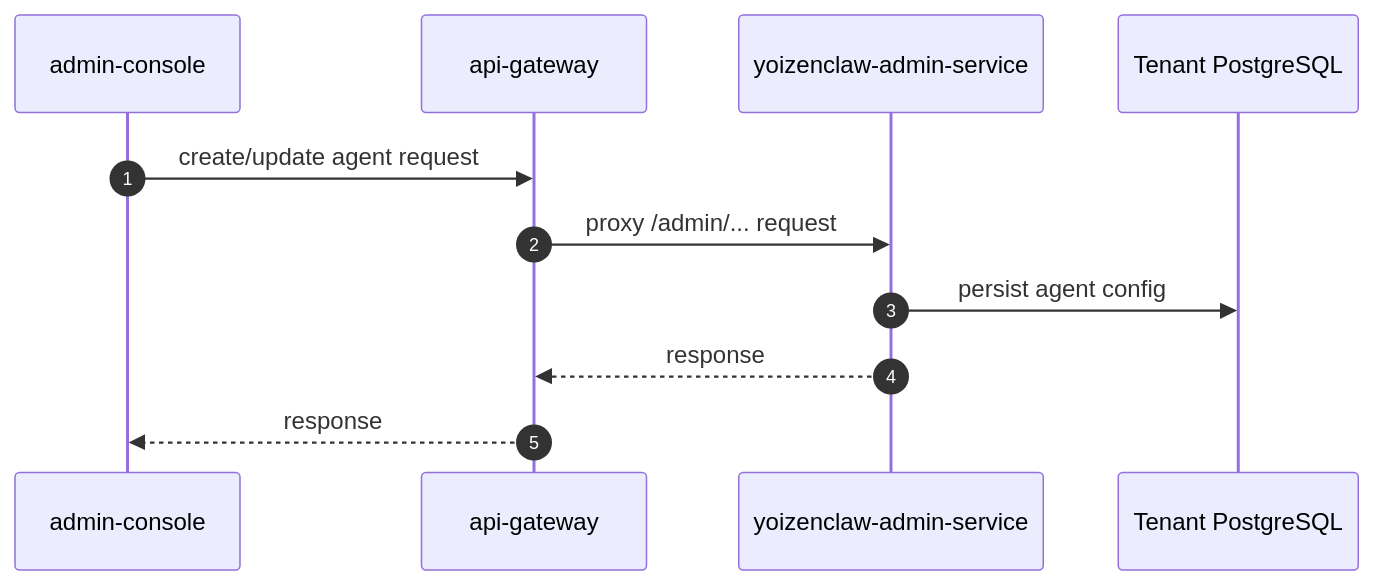
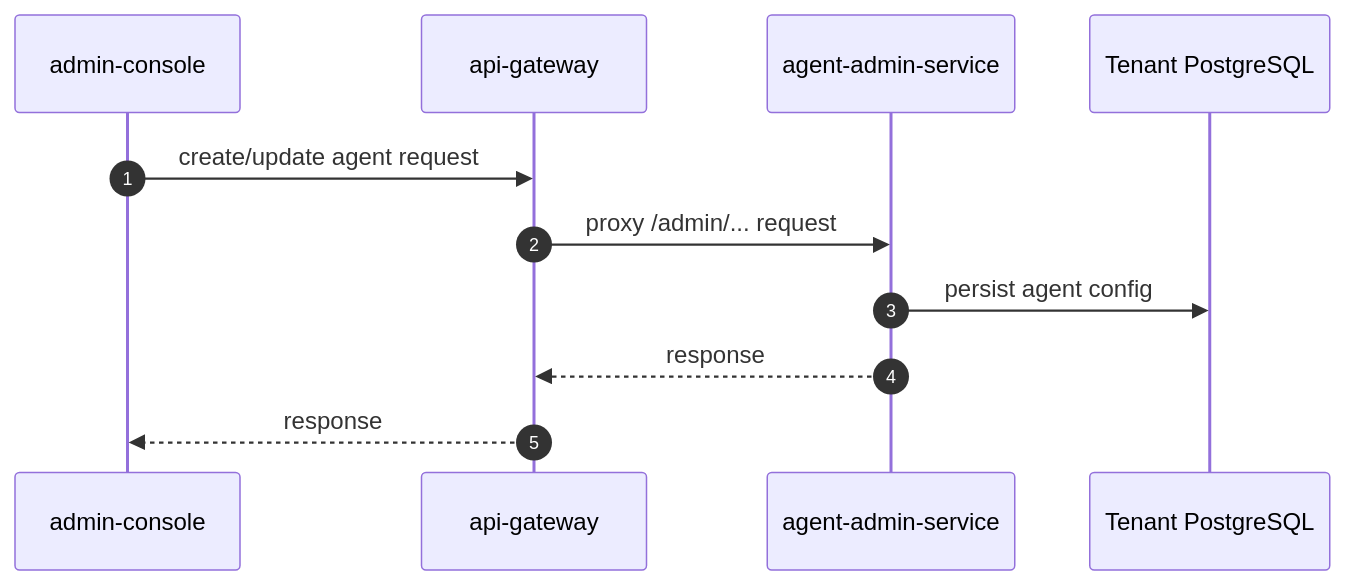
Before and after one commit to ccarnero/colloqui: the first of 5 diagrams in DOCS/06-UI-FLOWS.md, drawn with Mermaid. The commit also changed other lines of this file and 1226 other files, not shown here.

````diff
--- a/DOCS/06-UI-FLOWS.md
+++ b/DOCS/06-UI-FLOWS.md
@@ -18,14 +18,14 @@
 ```mermaid
 sequenceDiagram
     autonumber
     participant UI as admin-console
     participant GW as api-gateway
-    participant YZA as yoizenclaw-admin-service
+    participant YZA as agent-admin-service
     participant DB as Tenant PostgreSQL
 
     UI->>GW: create/update agent request
     GW->>YZA: proxy /admin/... request
     YZA->>DB: persist agent config
     YZA-->>GW: response
     GW-->>UI: response
 ```
````
